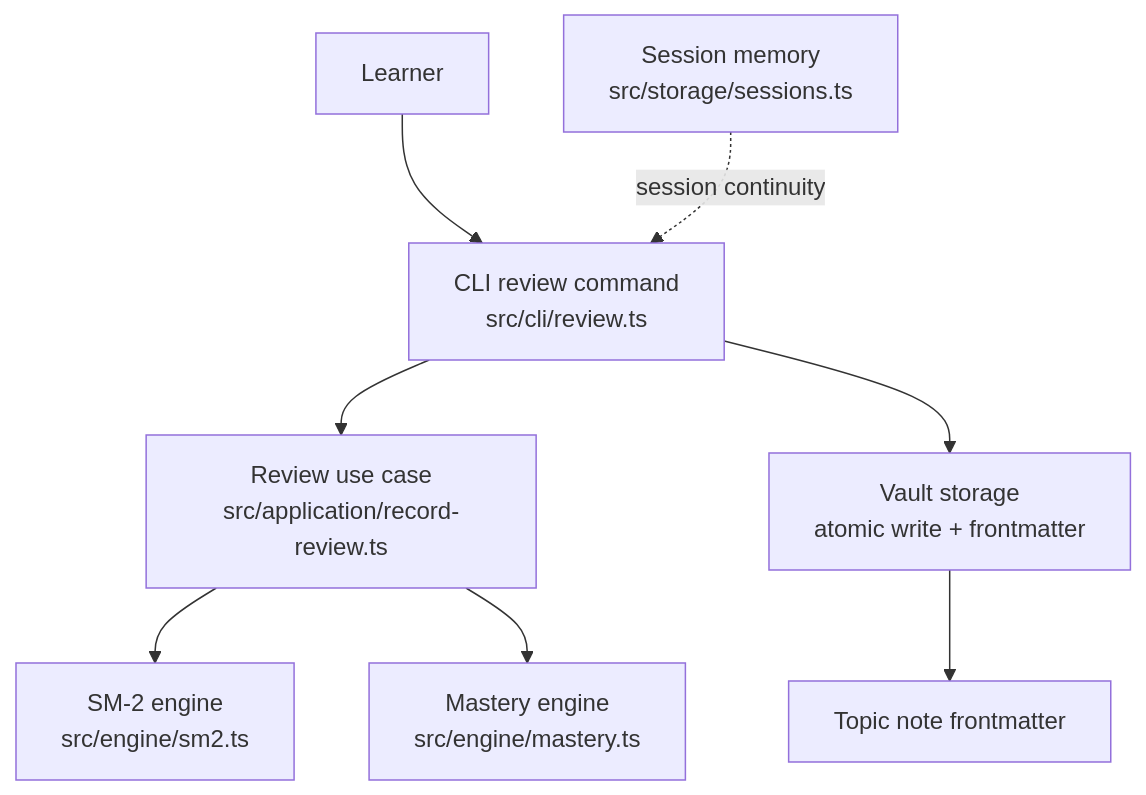
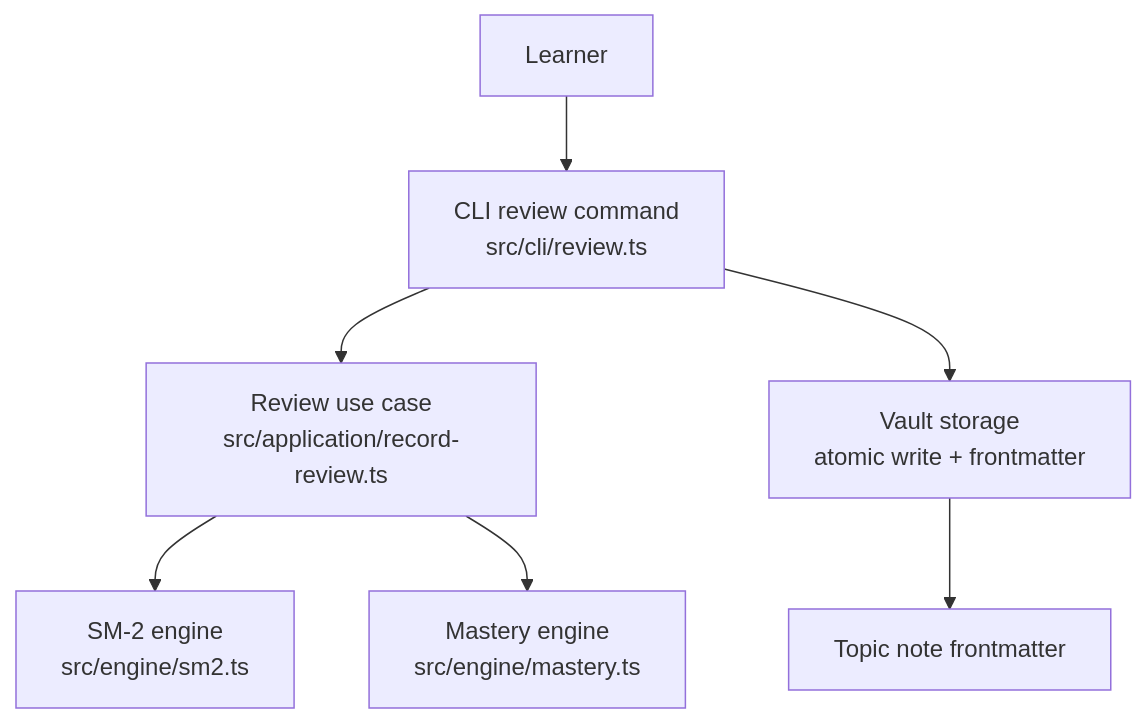
The first of 7 diagrams in User Guide/Review and Scheduling/Interactive Review Workflow.md (Kuldeep2822k/palee-architecture), drawn with Mermaid before and after one commit. The commit also changed other lines of this file and 6 other files, not shown here.

Commit message:
docs(user-guide): fix SM-2 table, JSON filtering workflows and session flowcharts

````diff
--- a/User Guide/Review and Scheduling/Interactive Review Workflow.md
+++ b/User Guide/Review and Scheduling/Interactive Review Workflow.md
@@ -49,10 +49,9 @@
 ```mermaid
 graph TB
   User["Learner"] --> CLI["CLI review command<br/>src/cli/review.ts"]
   CLI --> UseCase["Review use case<br/>src/application/record-review.ts"]
   UseCase --> SM2["SM-2 engine<br/>src/engine/sm2.ts"]
   UseCase --> Mastery["Mastery engine<br/>src/engine/mastery.ts"]
   CLI --> Storage["Vault storage<br/>atomic write + frontmatter"]
   Storage --> Note["Topic note frontmatter"]
-  SessionLayer["Session memory<br/>src/storage/sessions.ts"] -. "session continuity" .-> CLI
 ```
````
